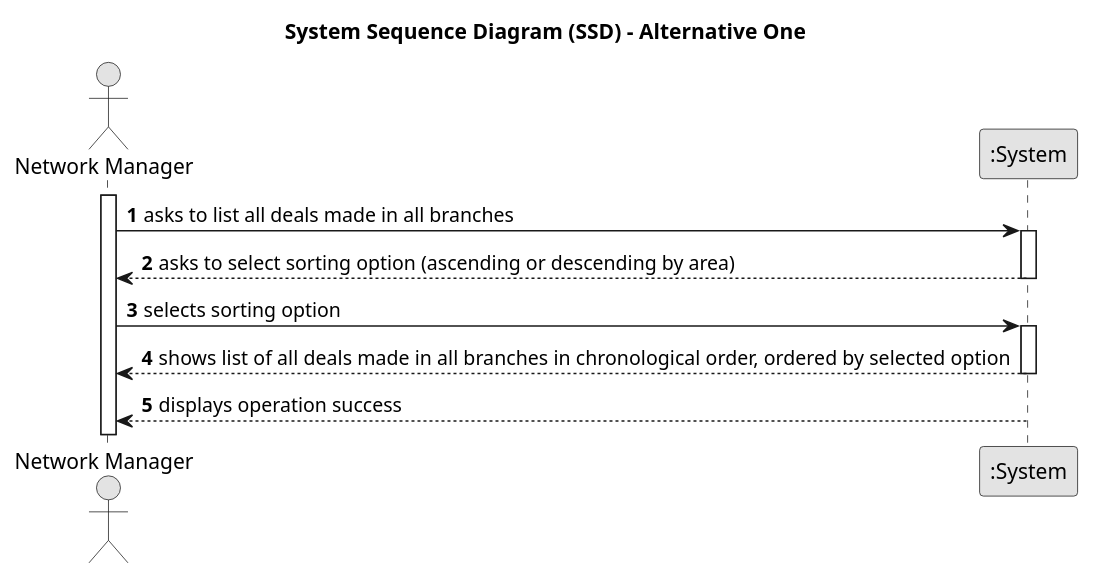
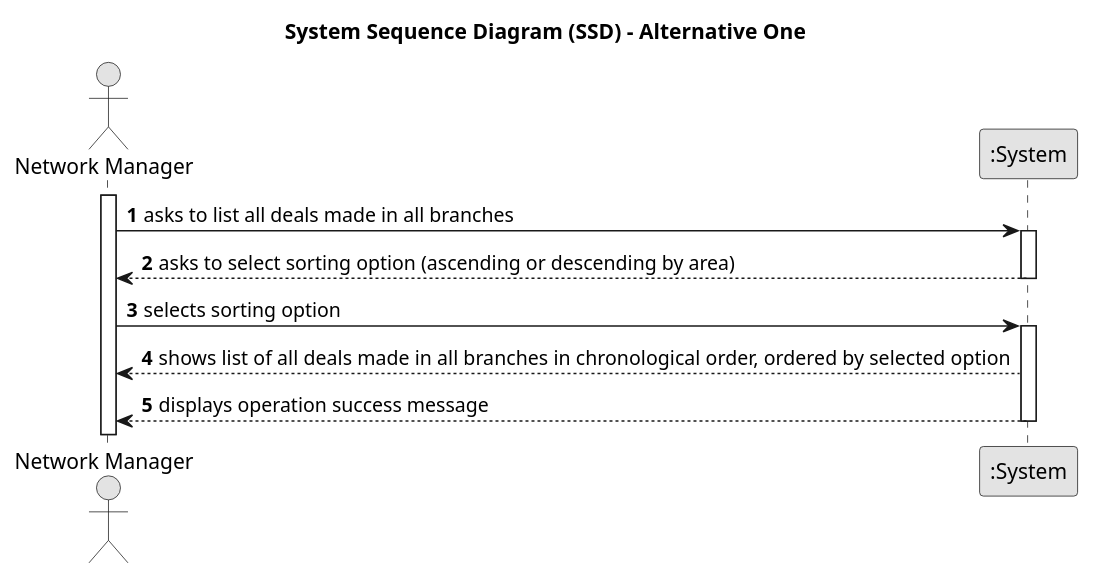
The diagram in docs/Sprint-D/US017/01.requirements-engineering/puml/us017-system-sequence-diagram.puml (Rodrick0209/ISEP-LAPR2-22-23), drawn with PlantUML before and after one commit. The commit also changed 26 other files, not shown here.

```diff
--- a/docs/Sprint-D/US017/01.requirements-engineering/puml/us017-system-sequence-diagram.puml
+++ b/docs/Sprint-D/US017/01.requirements-engineering/puml/us017-system-sequence-diagram.puml
@@ -1,30 +1,30 @@
 @startuml
 skinparam monochrome true
 skinparam packageStyle rectangle
 skinparam shadowing false
 
 title System Sequence Diagram (SSD) - Alternative One
 
 autonumber
 
 actor "Network Manager" as Manager
 participant ":System" as System
 
 activate Manager
 
     Manager -> System : asks to list all deals made in all branches
     activate System
 
     System --> Manager : asks to select sorting option (ascending or descending by area)
     deactivate System
 
     Manager -> System : selects sorting option
     activate System
 
     System --> Manager : shows list of all deals made in all branches in chronological order, ordered by selected option
-    deactivate System
 
-    System --> Manager : displays operation success
+
+    System --> Manager : displays operation success message
     deactivate System
 
 @enduml
```
